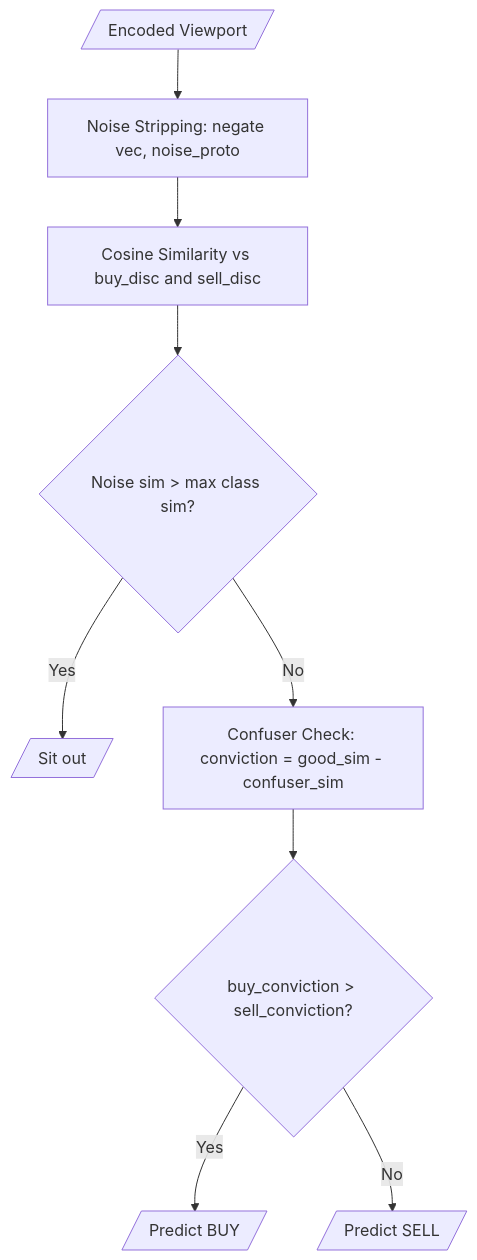
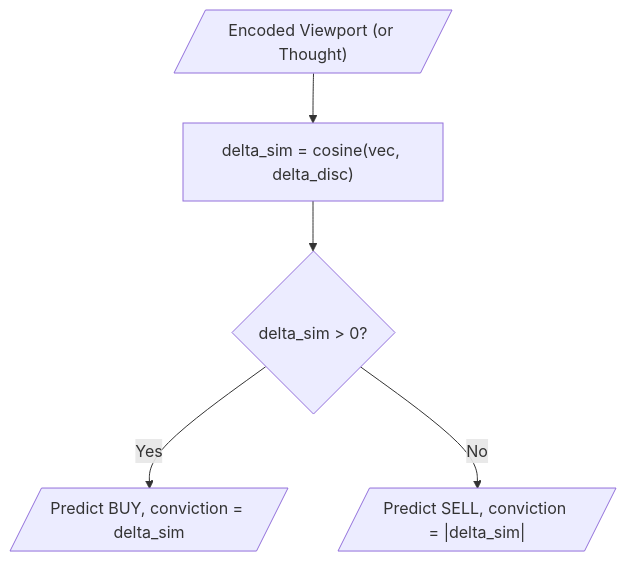
Before and after one commit to watmin/holon-lab-trading: the first of 4 diagrams in EXPERIMENT_LOG.md, drawn with Mermaid. The commit also changed other lines of this file and 1 other file, not shown here.

First line of the commit message:
docs: update experiment log and next moves for delta discriminant era

````diff
--- a/EXPERIMENT_LOG.md
+++ b/EXPERIMENT_LOG.md
@@ -32,11 +74,7 @@
 ```mermaid
 flowchart TD
-    V[/"Encoded Viewport"/] --> NS["Noise Stripping: negate vec, noise_proto"]
-    NS --> CS["Cosine Similarity vs buy_disc and sell_disc"]
-    CS --> NG{"Noise sim > max class sim?"}
-    NG -->|Yes| SIT[/"Sit out"/]
-    NG -->|No| CC["Confuser Check: conviction = good_sim - confuser_sim"]
-    CC --> PRED{"buy_conviction > sell_conviction?"}
-    PRED -->|Yes| BUY[/"Predict BUY"/]
-    PRED -->|No| SELL[/"Predict SELL"/]
+    V[/"Encoded Viewport (or Thought)"/] --> DS["delta_sim = cosine(vec, delta_disc)"]
+    DS --> DIR{"delta_sim > 0?"}
+    DIR -->|Yes| BUY[/"Predict BUY, conviction = delta_sim"/]
+    DIR -->|No| SELL[/"Predict SELL, conviction = |delta_sim|"/]
 ```
````
